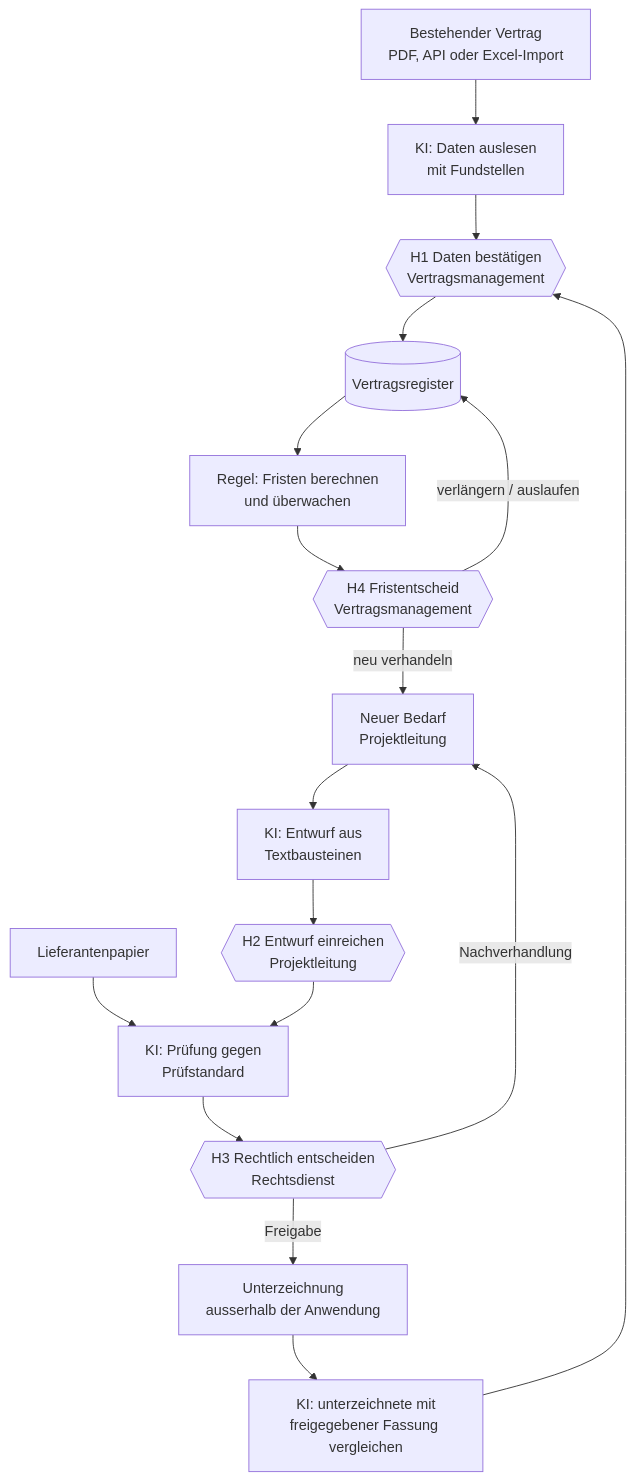
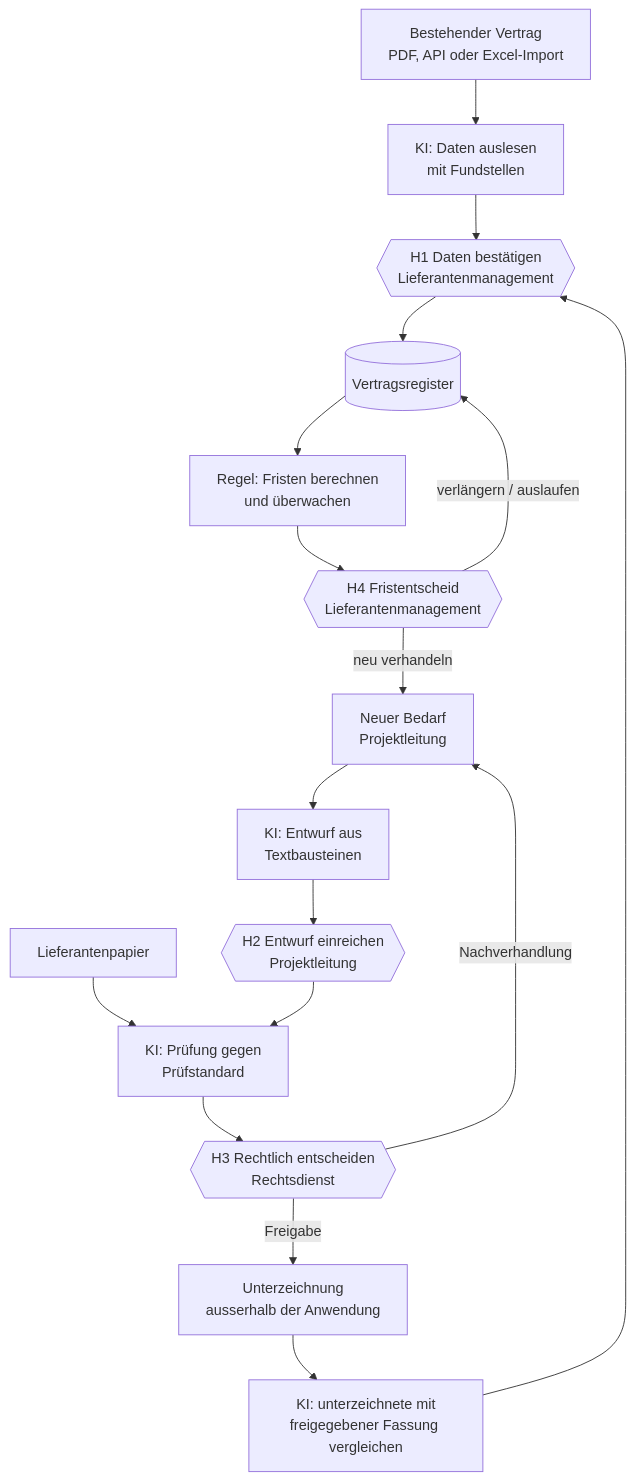
One commit to RedBlueCrown/Lieferanten_Agent changed the first of 3 diagrams in docs/konzept.md. Above: the diagram before and after it, drawn with Mermaid. The commit also changed other lines of this file and 17 other files, not shown here.

````diff
--- a/docs/konzept.md
+++ b/docs/konzept.md
@@ -75,20 +77,20 @@
 ```mermaid
 flowchart TD
   E1["Bestehender Vertrag<br/>PDF, API oder Excel-Import"] --> A1["KI: Daten auslesen<br/>mit Fundstellen"]
-  A1 --> H1{{"H1 Daten bestätigen<br/>Vertragsmanagement"}}
+  A1 --> H1{{"H1 Daten bestätigen<br/>Lieferantenmanagement"}}
   H1 --> REG[("Vertragsregister")]
   REG --> R1["Regel: Fristen berechnen<br/>und überwachen"]
-  R1 --> H4{{"H4 Fristentscheid<br/>Vertragsmanagement"}}
+  R1 --> H4{{"H4 Fristentscheid<br/>Lieferantenmanagement"}}
   H4 -- "verlängern / auslaufen" --> REG
   H4 -- "neu verhandeln" --> E2
 
   E2["Neuer Bedarf<br/>Projektleitung"] --> A2["KI: Entwurf aus<br/>Textbausteinen"]
   A2 --> H2{{"H2 Entwurf einreichen<br/>Projektleitung"}}
   E3["Lieferantenpapier"] --> A3
   H2 --> A3["KI: Prüfung gegen<br/>Prüfstandard"]
   A3 --> H3{{"H3 Rechtlich entscheiden<br/>Rechtsdienst"}}
   H3 -- "Nachverhandlung" --> E2
   H3 -- "Freigabe" --> U["Unterzeichnung<br/>ausserhalb der Anwendung"]
   U --> A4["KI: unterzeichnete mit<br/>freigegebener Fassung vergleichen"]
   A4 --> H1
 ```
````
